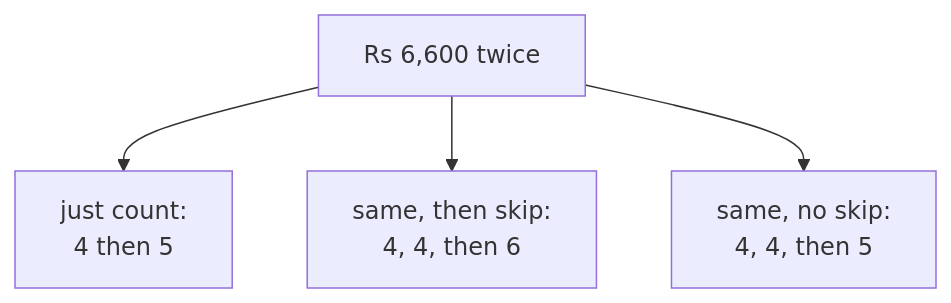
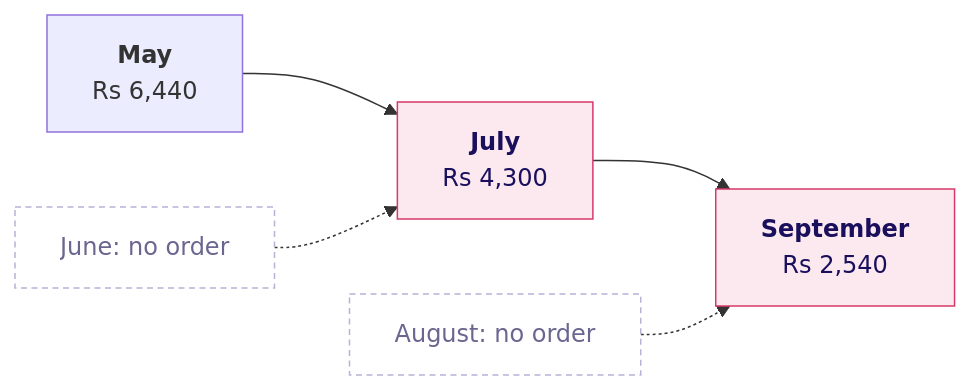
One commit to fde-academy-lab/c2-content-factory changed the fourth of 5 diagrams in content/W02/D3/whiteboards/C2_W02_D03_tie_STUDENT.md. Above: the diagram before and after it, drawn with Mermaid. The commit also changed other lines of this file and 4 other files, not shown here.

````diff
--- a/content/W02/D3/whiteboards/C2_W02_D03_tie_STUDENT.md
+++ b/content/W02/D3/whiteboards/C2_W02_D03_tie_STUDENT.md
@@ -29,6 +97,11 @@
 ```mermaid
-flowchart TD
-    A["Rs 6,600 twice"] --> B["just count:<br/>4 then 5"]
-    A --> C["same, then skip:<br/>4, 4, then 6"]
-    A --> D["same, no skip:<br/>4, 4, then 5"]
+flowchart LR
+    M["<b>May</b><br/>Rs 6,440"] --> J["<b>July</b><br/>Rs 4,300"]
+    J --> S["<b>September</b><br/>Rs 2,540"]
+    G1["June: no order"] -.-> J
+    G2["August: no order"] -.-> S
+    classDef bad fill:#FBE9EF,stroke:#D63A6A,color:#1A0F5C
+    classDef unknown fill:#FFFFFF,stroke:#B8B2D6,color:#6B6690,stroke-dasharray:4 3
+    class J,S bad
+    class G1,G2 unknown
 ```
````
